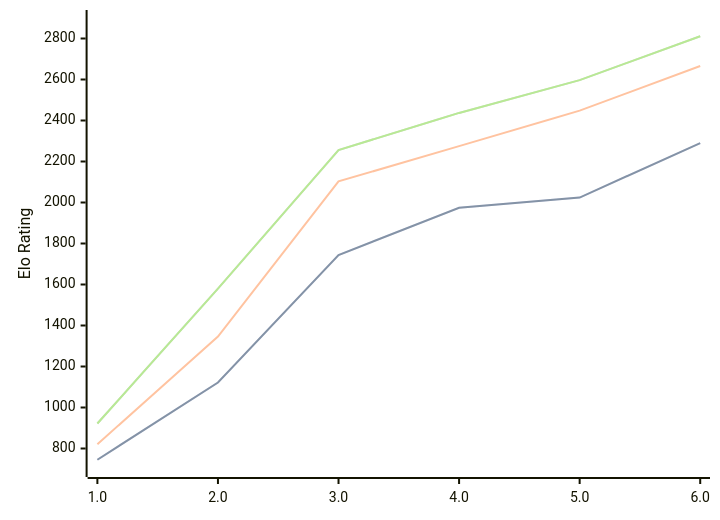
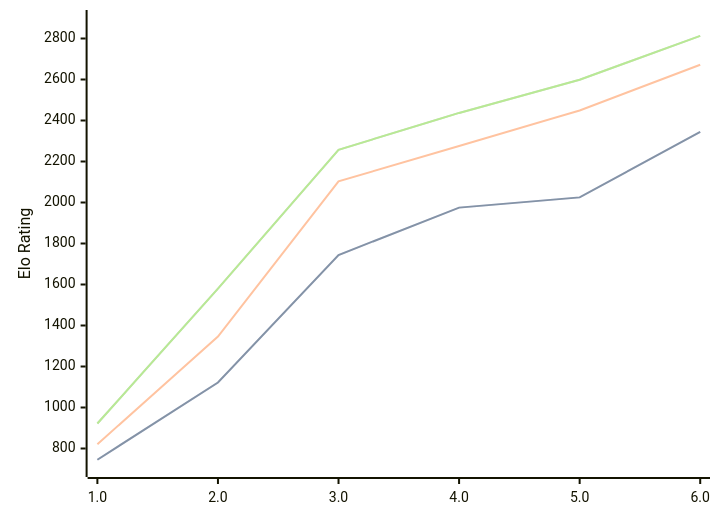
The diagram in engines/Pea.md (computer-chess-index/cci), drawn with Mermaid before and after one commit. The commit also changed other lines of this file, not shown here.

Commit message:
Update CCI Ratings (ELO VLTC) - 2026-04-22

````diff
--- a/engines/Pea.md
+++ b/engines/Pea.md
@@ -36,11 +36,11 @@
 ```mermaid
 %%{init: {"theme":"base","themeVariables":{"seriesColors:['#a3a3a3','#222221','#faa371']}}}%%
 xychart-beta
   x-axis ["1.0", "2.0", "3.0", "4.0", "5.0", "6.0"]
   y-axis "Elo Rating" 700 --> 2900
-  line "STC (8.0+0.08s)" [745, 1122, 1744, 1974, 2024, 2290]
-  line "STC (8.0+0.08s)" [745, 1122, 1744, 1974, 2024, 2290]
-  line "LTC (60.0+0.60s)" [821, 1346, 2103, 2275, 2448, 2666]
-  line "VLTC (2m24s+1.12s)" [922, 1580, 2256, 2437, 2597, 2811]
-  line "VLTC (2m24s+1.12s)" [922, 1580, 2256, 2437, 2597, 2811]
+  line "STC (8.0+0.08s)" [745, 1122, 1744, 1975, 2025, 2344]
+  line "STC (8.0+0.08s)" [745, 1122, 1744, 1975, 2025, 2344]
+  line "LTC (60.0+0.60s)" [821, 1346, 2103, 2276, 2449, 2672]
+  line "VLTC (2m24s+1.12s)" [922, 1580, 2257, 2437, 2599, 2813]
+  line "VLTC (2m24s+1.12s)" [922, 1580, 2257, 2437, 2599, 2813]
 ```
````
